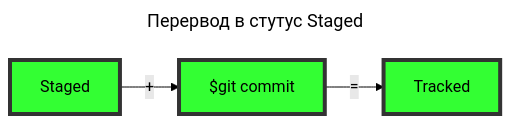
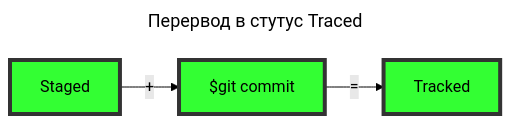
One commit to Pointabc/YPGitLab1 changed the second of 2 diagrams in README.md. Above: the diagram before and after it, drawn with Mermaid (forest theme). The commit also changed other lines of this file, not shown here.

````diff
--- a/README.md
+++ b/README.md
@@ -56,10 +56,10 @@
 ```mermaid
 ---
-title: "Перервод в стутус Staged"
+title: "Перервод в стутус Traced"
 ---
 graph LR;
     A[Staged] -->|+| B[$git commit] -->|=| C[Tracked]
     style A fill:#3f3,stroke:#333,stroke-width:4px
     style B fill:#3f3,stroke:#333,stroke-width:4px
     style C fill:#3f3,stroke:#333,stroke-width:4px
 ```
````
